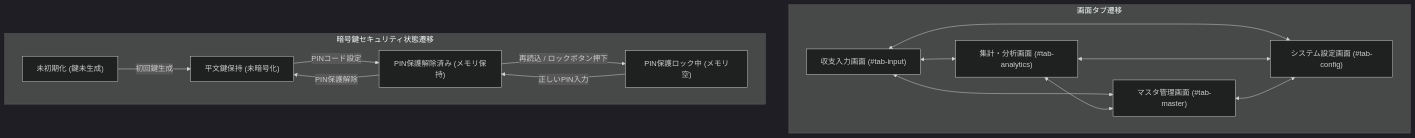
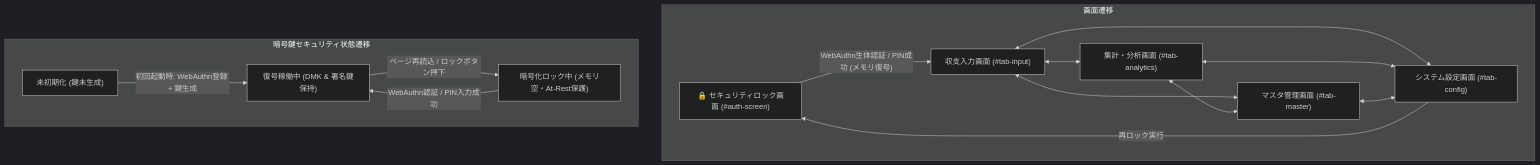
Before and after one commit to tekuteku-life/yose: diagram 11 of 11 in docs/system_design.md, drawn with Mermaid (dark theme). The commit also changed other lines of this file and 16 other files, not shown here.

````diff
--- a/docs/system_design.md
+++ b/docs/system_design.md
@@ -906,29 +948,29 @@
 ```mermaid
 flowchart TD
-    subgraph Screens["画面タブ遷移"]
+    subgraph Screens["画面遷移"]
+        ScreenAuth["🔒 セキュリティロック画面 (#auth-screen)"]
         TabInput["収支入力画面 (#tab-input)"]
         TabAnalytics["集計・分析画面 (#tab-analytics)"]
         TabMaster["マスタ管理画面 (#tab-master)"]
         TabConfig["システム設定画面 (#tab-config)"]
 
+        ScreenAuth -- "WebAuthn生体認証 / PIN成功 (メモリ復号)" --> TabInput
         TabInput <--> TabAnalytics
         TabInput <--> TabMaster
         TabInput <--> TabConfig
         TabAnalytics <--> TabMaster
         TabAnalytics <--> TabConfig
         TabMaster <--> TabConfig
+        TabConfig -- "再ロック実行" --> ScreenAuth
     end
 
     subgraph SecurityStates["暗号鍵セキュリティ状態遷移"]
         StateNoKey["未初期化 (鍵未生成)"]
-        StateUnlockedPlain["平文鍵保持 (未暗号化)"]
-        StateLocked["PIN保護ロック中 (メモリ空)"]
-        StateUnlockedProtected["PIN保護解除済み (メモリ保持)"]
+        StateLocked["暗号化ロック中 (メモリ空・At-Rest保護)"]
+        StateUnlocked["復号稼働中 (DMK & 署名鍵保持)"]
 
-        StateNoKey -- "初回鍵生成" --> StateUnlockedPlain
-        StateUnlockedPlain -- "PINコード設定" --> StateUnlockedProtected
-        StateUnlockedProtected -- "再読込 / ロックボタン押下" --> StateLocked
-        StateLocked -- "正しいPIN入力" --> StateUnlockedProtected
-        StateUnlockedProtected -- "PIN保護解除" --> StateUnlockedPlain
+        StateNoKey -- "初回起動時: WebAuthn登録 + 鍵生成" --> StateUnlocked
+        StateUnlocked -- "ページ再読込 / ロックボタン押下" --> StateLocked
+        StateLocked -- "WebAuthn認証 / PIN入力成功" --> StateUnlocked
     end
 ```
````
